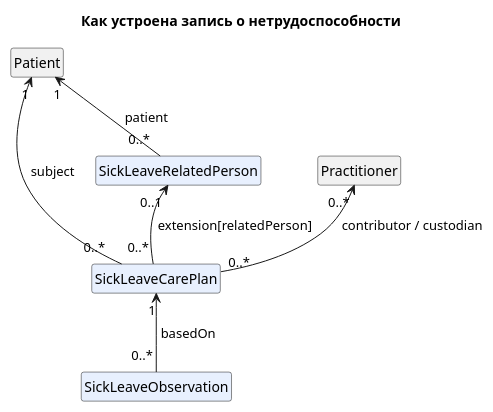
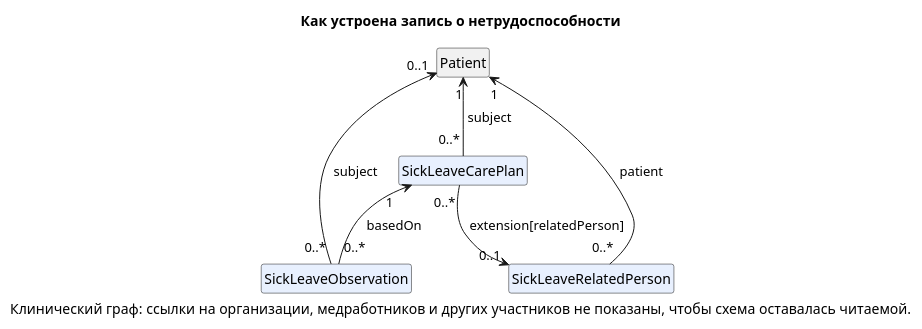
The diagram in input/images-source/sick-leave-model-ru.plantuml (icmrnbw/digital-health-integration), drawn with PlantUML before and after one commit. The commit also changed 29 other files, not shown here.

First line of the commit message:
Integration diagrams: all profiles, clinical graph (#104)

```diff
--- a/input/images-source/sick-leave-model-ru.plantuml
+++ b/input/images-source/sick-leave-model-ru.plantuml
@@ -1,18 +1,19 @@
 @startuml sick-leave-model-ru
 hide circle
 hide empty members
 title Как устроена запись о нетрудоспособности
 
-class SickLeaveObservation [[StructureDefinition-sick-leave-observation.html{Открыть профиль Sick Leave Observation}]] #E8F0FE
-class SickLeaveCarePlan [[StructureDefinition-sick-leave-careplan.html{Открыть профиль Sick Leave CarePlan}]] #E8F0FE
-class SickLeaveRelatedPerson [[StructureDefinition-sick-leave-related-person.html{Открыть профиль Sick Leave Related Person}]] #E8F0FE
 class Patient [[https://dhp.uz/fhir/core/StructureDefinition-uz-core-patient.html{Открыть профиль UZ Core Patient}]]
-class Practitioner [[https://dhp.uz/fhir/core/StructureDefinition-uz-core-practitioner.html{Открыть профиль UZ Core Practitioner}]]
+class SickLeaveCarePlan [[StructureDefinition-sick-leave-careplan.html{Открыть профиль SickLeaveCarePlan}]] #E8F0FE
+class SickLeaveObservation [[StructureDefinition-sick-leave-observation.html{Открыть профиль SickLeaveObservation}]] #E8F0FE
+class SickLeaveRelatedPerson [[StructureDefinition-sick-leave-related-person.html{Открыть профиль SickLeaveRelatedPerson}]] #E8F0FE
 
+Patient "1" <-- "0..*" SickLeaveCarePlan : « subject »
+Patient "0..1" <-- "0..*" SickLeaveObservation : « subject »
+Patient "1" <-- "0..*" SickLeaveRelatedPerson : « patient »
 SickLeaveCarePlan "1" <-- "0..*" SickLeaveObservation : « basedOn »
-Patient "1" <-- "0..*" SickLeaveCarePlan : « subject »
-Practitioner "0..*" <-- "0..*" SickLeaveCarePlan : « contributor / custodian »
-SickLeaveRelatedPerson "0..1" <-- "0..*" SickLeaveCarePlan : « extension[relatedPerson] »
-Patient "1" <-- "0..*" SickLeaveRelatedPerson : « patient »
+SickLeaveCarePlan "0..*" --> "0..1" SickLeaveRelatedPerson : « extension[relatedPerson] »
+
+caption Клинический граф: ссылки на организации, медработников и других участников не показаны, чтобы схема оставалась читаемой.
 
 @enduml
```
